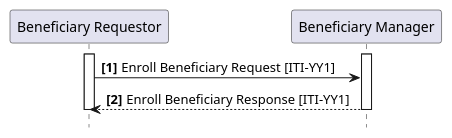
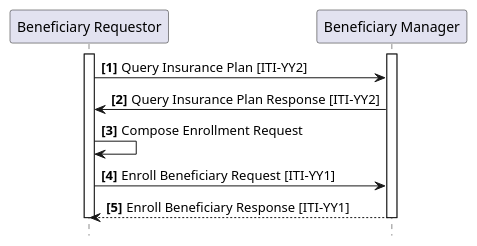
The diagram in input/images-source/ITI-YY1-seq.plantuml (IHE/ITI.Finance), drawn with PlantUML before and after one commit. The commit also changed 8 other files, not shown here.

```diff
--- a/input/images-source/ITI-YY1-seq.plantuml
+++ b/input/images-source/ITI-YY1-seq.plantuml
@@ -1,13 +1,16 @@
 @startuml
 skinparam svgDimensionStyle false
 hide footbox
 autonumber "<b>[0]"
 participant "Beneficiary Requestor" as Req
 participant "Beneficiary Manager" as Man
 activate Req
 activate Man
+Req -> Man : Query Insurance Plan [ITI-YY2]
+Man -> Req : Query Insurance Plan Response [ITI-YY2]
+Req -> Req : Compose Enrollment Request
 Req -> Man : Enroll Beneficiary Request [ITI-YY1]
 Man --> Req : Enroll Beneficiary Response [ITI-YY1]
 deactivate Man
 deactivate Req
 @enduml
```
